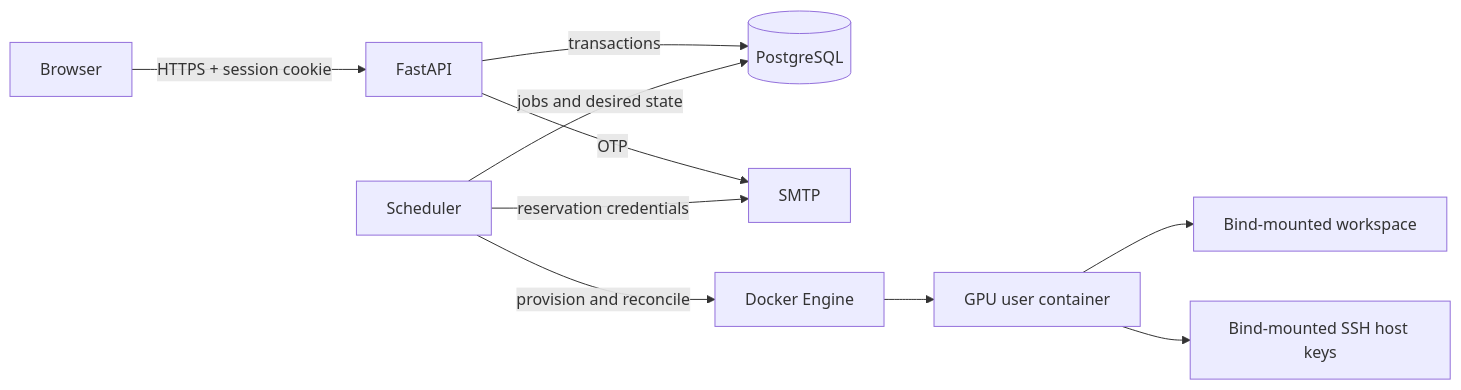
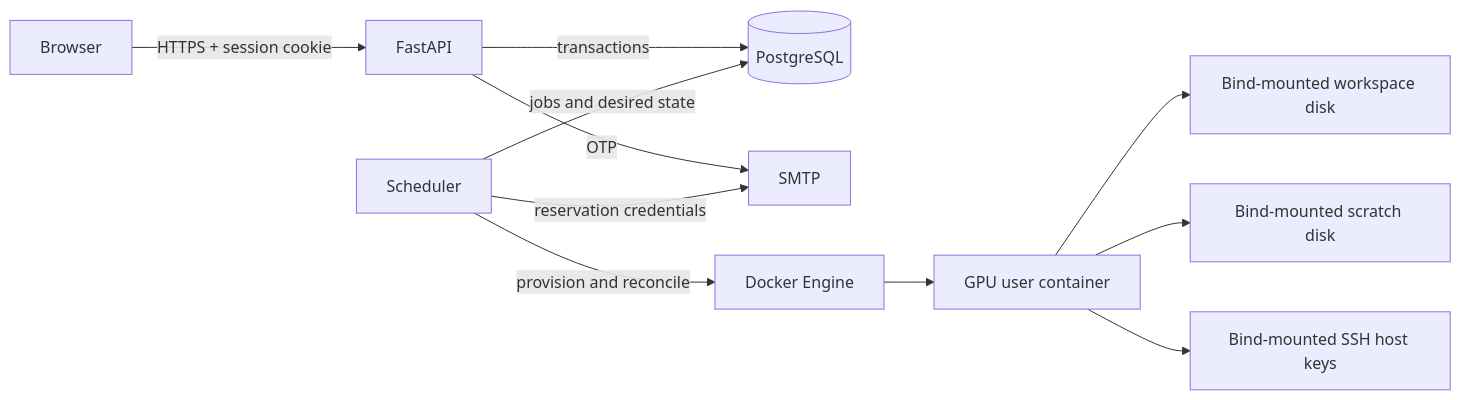
One commit to YashBhamare123/OpenGPU changed the first of 2 diagrams in docs/architecture.md. Above: the diagram before and after it, drawn with Mermaid. The commit also changed other lines of this file and 18 other files, not shown here.

````diff
--- a/docs/architecture.md
+++ b/docs/architecture.md
@@ -7,12 +7,13 @@
 ```mermaid
 flowchart LR
     B[Browser] -->|HTTPS + session cookie| A[FastAPI]
     A -->|transactions| P[(PostgreSQL)]
     A -->|OTP| M[SMTP]
     S[Scheduler] -->|jobs and desired state| P
     S -->|provision and reconcile| D[Docker Engine]
     S -->|reservation credentials| M
     D --> C[GPU user container]
-    C --> W[Bind-mounted workspace]
+    C --> W[Bind-mounted workspace disk]
+    C --> T[Bind-mounted scratch disk]
     C --> K[Bind-mounted SSH host keys]
 ```
````
